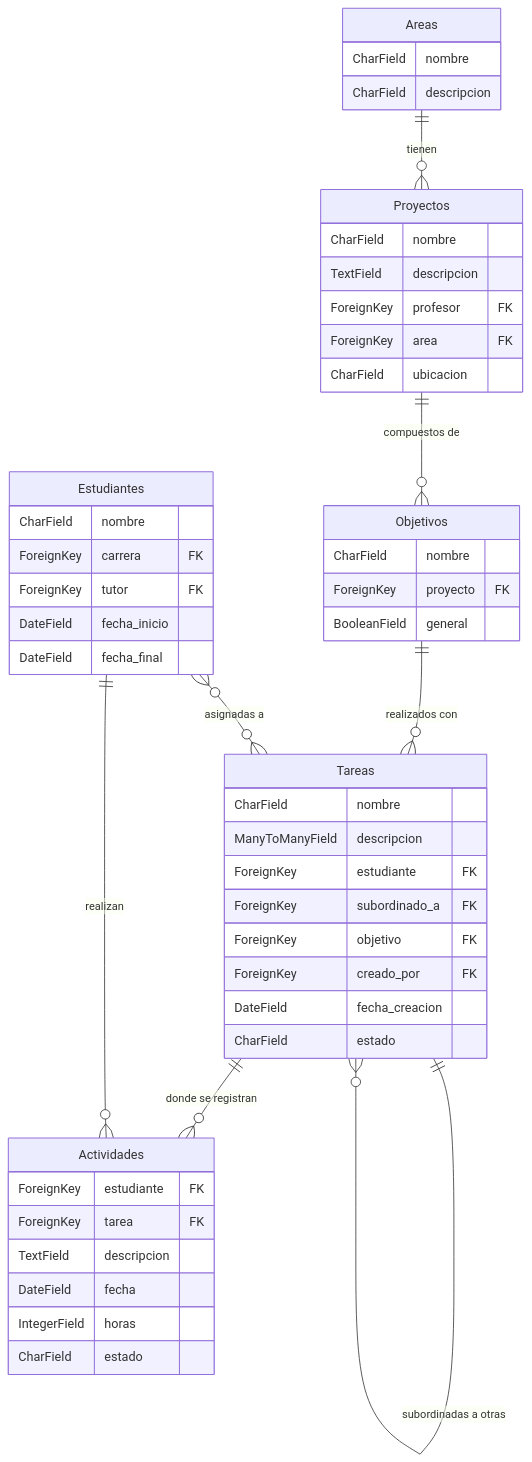
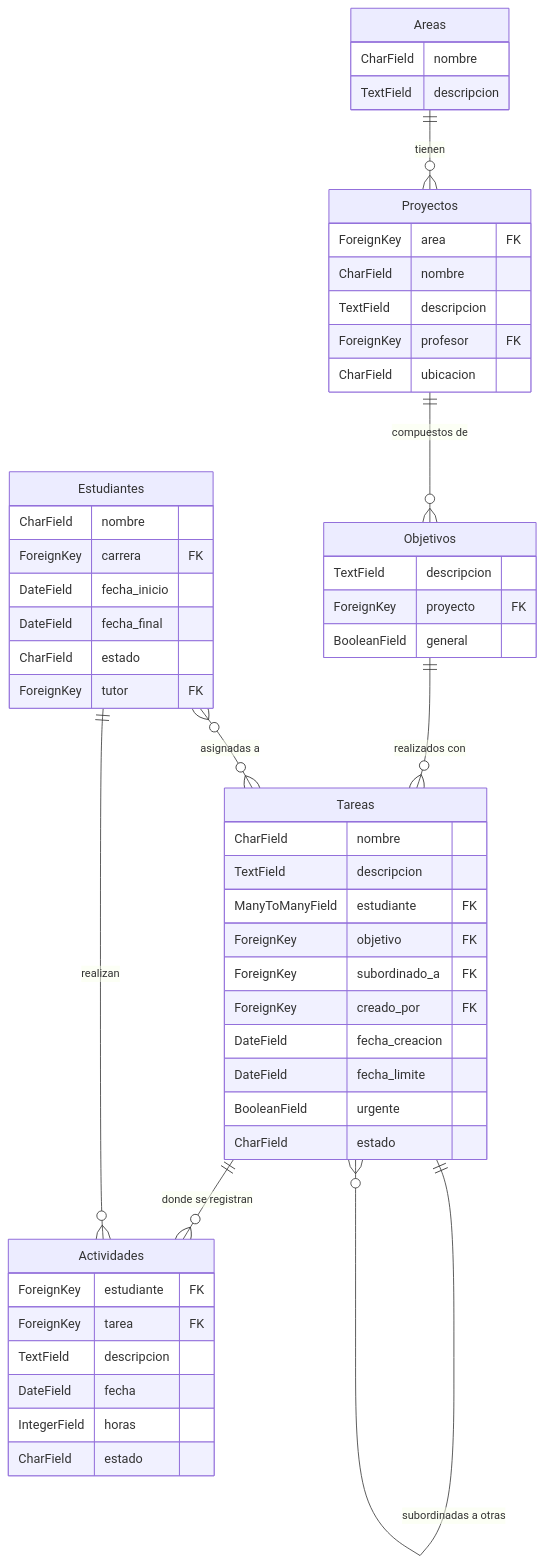
The sixth of 6 diagrams in README.md (fabianabarca/horas), drawn with Mermaid before and after one commit.

Commit message:
Actualización de la base de datos
Con base en la rama `cambios_modelos` que tuvo varios cambios importantes, ahora están al día los campos y sus tipos en cada modelo.

````diff
--- a/README.md
+++ b/README.md
@@ -223,52 +223,55 @@
 ```mermaid
 erDiagram
   Areas ||--o{ Proyectos : tienen
   Proyectos ||--o{ Objetivos : "compuestos de"
   Objetivos ||--o{ Tareas : "realizados con"
   Tareas ||--o{ Tareas : "subordinadas a otras"
   Tareas ||--o{ Actividades : "donde se registran"
   Estudiantes ||--o{ Actividades : "realizan"
   Estudiantes }o--o{ Tareas : "asignadas a"
  
   Areas {
     CharField nombre
-    CharField descripcion
+    TextField descripcion
   }
   Proyectos {
+    ForeignKey area FK
     CharField nombre
     TextField descripcion
     ForeignKey profesor FK
-    ForeignKey area FK
     CharField ubicacion
   }
   Objetivos {
-    CharField nombre
+    TextField descripcion
     ForeignKey proyecto FK
     BooleanField general
   }
   Tareas {
     CharField nombre
-    ManyToManyField descripcion
-    ForeignKey estudiante FK
+    TextField descripcion
+    ManyToManyField estudiante FK
+    ForeignKey objetivo FK
     ForeignKey subordinado_a FK
-    ForeignKey objetivo FK
     ForeignKey creado_por FK
     DateField fecha_creacion
+    DateField fecha_limite
+    BooleanField urgente
     CharField estado
   }
   Actividades {
     ForeignKey estudiante FK
     ForeignKey tarea FK
     TextField descripcion
     DateField fecha
     IntegerField horas
     CharField estado
   }
   Estudiantes {
     CharField nombre
     ForeignKey carrera FK
-    ForeignKey tutor FK
     DateField fecha_inicio
     DateField fecha_final
+    CharField estado
+    ForeignKey tutor FK
   }
 ```
````
